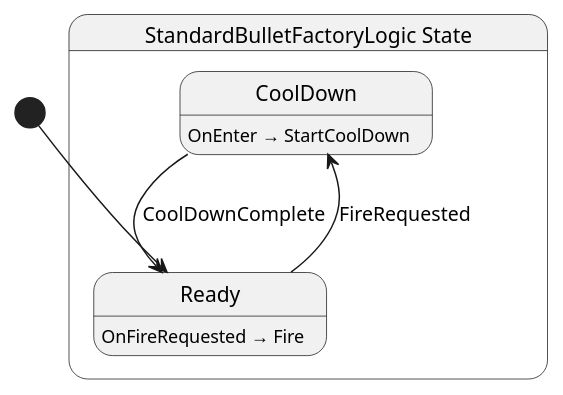
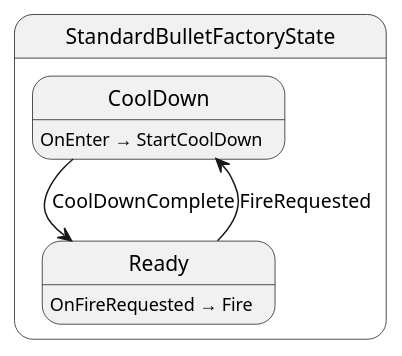
One commit to Ygoat/EternalJourney changed the diagram in src/bullet_factory/abstract/state/StandardBulletFactoryLogic.g.puml. Above: the diagram before and after it, drawn with PlantUML. The commit also changed 56 other files, not shown here.

```diff
--- a/src/bullet_factory/abstract/state/StandardBulletFactoryLogic.g.puml
+++ b/src/bullet_factory/abstract/state/StandardBulletFactoryLogic.g.puml
@@ -1,14 +1,12 @@
-@startuml StandardBulletFactoryLogic
-state "StandardBulletFactoryLogic State" as EternalJourney_Bullet_Abstract_State_StandardBulletFactoryLogic_State {
-  state "CoolDown" as EternalJourney_Bullet_Abstract_State_StandardBulletFactoryLogic_State_CoolDown
-  state "Ready" as EternalJourney_Bullet_Abstract_State_StandardBulletFactoryLogic_State_Ready
+@startuml StandardBulletFactoryState
+state "StandardBulletFactoryState" as EternalJourney_Bullet_Abstract_State_StandardBulletFactoryState {
+  state "CoolDown" as EternalJourney_Bullet_Abstract_State_StandardBulletFactoryState_CoolDown
+  state "Ready" as EternalJourney_Bullet_Abstract_State_StandardBulletFactoryState_Ready
 }
 
-EternalJourney_Bullet_Abstract_State_StandardBulletFactoryLogic_State_CoolDown --> EternalJourney_Bullet_Abstract_State_StandardBulletFactoryLogic_State_Ready : CoolDownComplete
-EternalJourney_Bullet_Abstract_State_StandardBulletFactoryLogic_State_Ready --> EternalJourney_Bullet_Abstract_State_StandardBulletFactoryLogic_State_CoolDown : FireRequested
+EternalJourney_Bullet_Abstract_State_StandardBulletFactoryState_CoolDown --> EternalJourney_Bullet_Abstract_State_StandardBulletFactoryState_Ready : CoolDownComplete
+EternalJourney_Bullet_Abstract_State_StandardBulletFactoryState_Ready --> EternalJourney_Bullet_Abstract_State_StandardBulletFactoryState_CoolDown : FireRequested
 
-EternalJourney_Bullet_Abstract_State_StandardBulletFactoryLogic_State_CoolDown : OnEnter → StartCoolDown
-EternalJourney_Bullet_Abstract_State_StandardBulletFactoryLogic_State_Ready : OnFireRequested → Fire
-
-[*] --> EternalJourney_Bullet_Abstract_State_StandardBulletFactoryLogic_State_Ready
+EternalJourney_Bullet_Abstract_State_StandardBulletFactoryState_CoolDown : OnEnter → StartCoolDown
+EternalJourney_Bullet_Abstract_State_StandardBulletFactoryState_Ready : OnFireRequested → Fire
 @enduml
```
